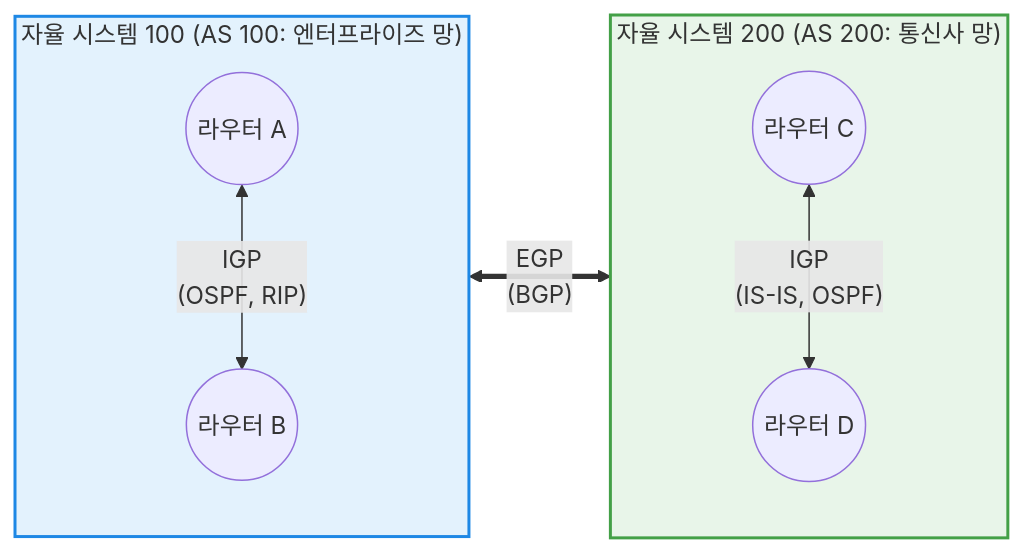
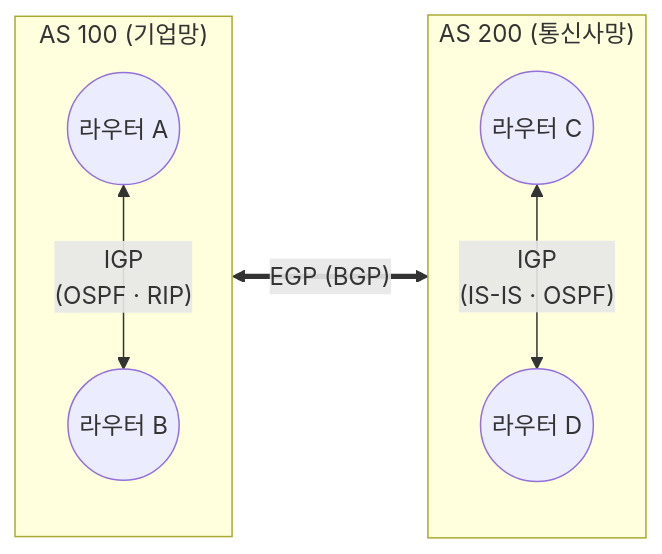
One commit to supremethumb/supremethumb.github.io changed the diagram in content/01_IT Tech/Routing Protocol.md. Above: the diagram before and after it, drawn with Mermaid. The commit also changed other lines of this file and 1087 other files, not shown here.

````diff
--- a/content/01_IT Tech/Routing Protocol.md
+++ b/content/01_IT Tech/Routing Protocol.md
@@ -27,18 +35,12 @@
 ```mermaid
 flowchart LR
-    subgraph AS100 ["자율 시스템 100 (AS 100: 엔터프라이즈 망)"]
+    subgraph AS100["AS 100 (기업망)"]
         direction TB
-        R1((라우터 A)) <--"IGP<br/>(OSPF, RIP)"--> R2((라우터 B))
+        R1(("라우터 A")) <-- "IGP<br/>(OSPF · RIP)" --> R2(("라우터 B"))
     end
-
-    subgraph AS200 ["자율 시스템 200 (AS 200: 통신사 망)"]
+    subgraph AS200["AS 200 (통신사망)"]
         direction TB
-        R3((라우터 C)) <--"IGP<br/>(IS-IS, OSPF)"--> R4((라우터 D))
+        R3(("라우터 C")) <-- "IGP<br/>(IS-IS · OSPF)" --> R4(("라우터 D"))
     end
-
-    R2 <=="EGP<br/>(BGP)"==> R3
-    
-    style AS100 fill:#e3f2fd,stroke:#1e88e5,stroke-width:2px
-    style AS200 fill:#e8f5e9,stroke:#43a047,stroke-width:2px
-
+    R2 <== "EGP (BGP)" ==> R3
 ```
````
